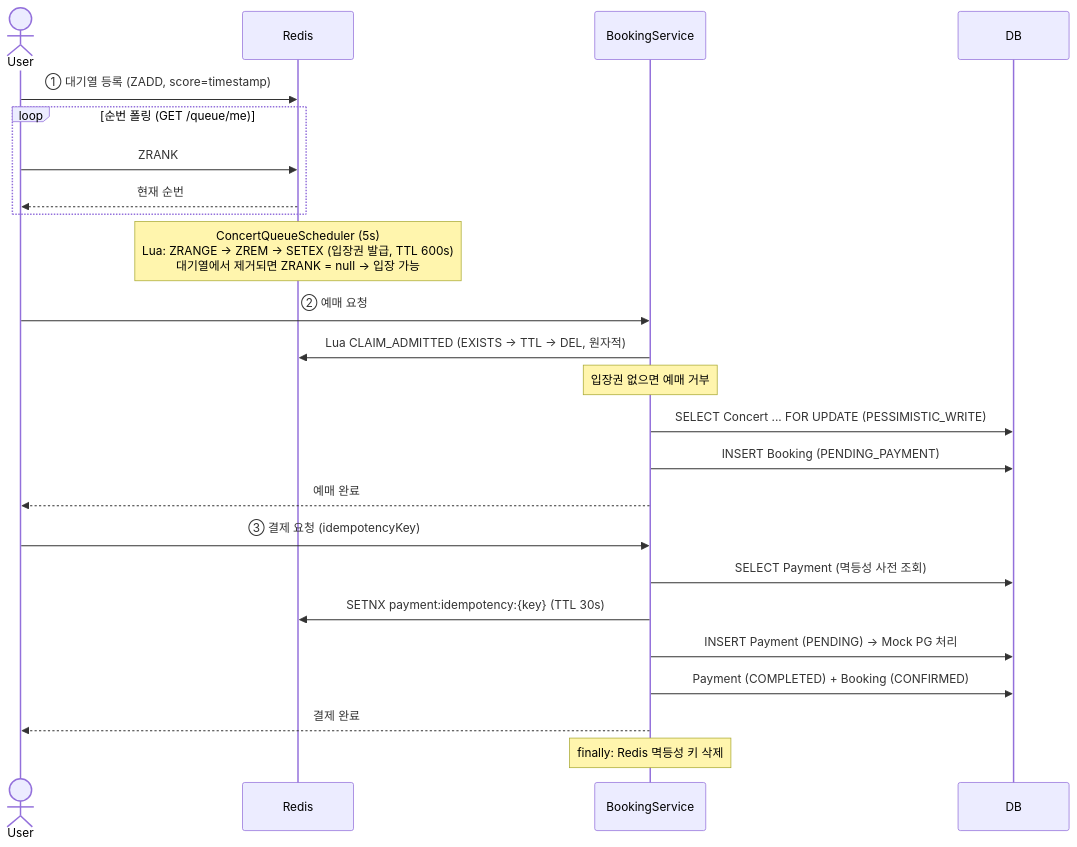
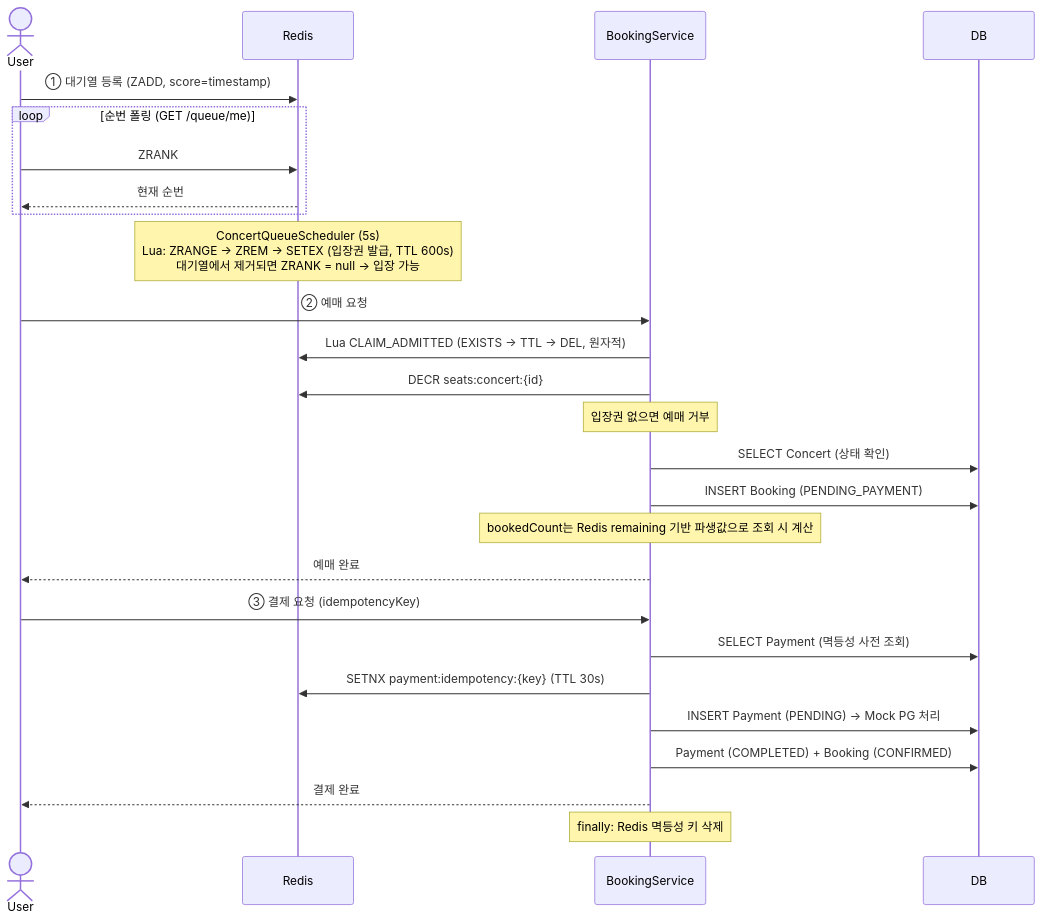
The first of 2 diagrams in README.md (hak0622/ticketflow), drawn with Mermaid before and after one commit. The commit also changed other lines of this file and 2 other files, not shown here.

````diff
--- a/README.md
+++ b/README.md
@@ -108,31 +115,33 @@
 ```mermaid
 sequenceDiagram
     actor User
     participant Redis
     participant BookingService
     participant DB
 
     User->>Redis: ① 대기열 등록 (ZADD, score=timestamp)
 
     loop 순번 폴링 (GET /queue/me)
         User->>Redis: ZRANK
         Redis-->>User: 현재 순번
     end
 
     Note over Redis: ConcertQueueScheduler (5s)<br/>Lua: ZRANGE → ZREM → SETEX (입장권 발급, TTL 600s)<br/>대기열에서 제거되면 ZRANK = null → 입장 가능
 
     User->>BookingService: ② 예매 요청
     BookingService->>Redis: Lua CLAIM_ADMITTED (EXISTS → TTL → DEL, 원자적)
+    BookingService->>Redis: DECR seats:concert:{id}
     Note over BookingService: 입장권 없으면 예매 거부
-    BookingService->>DB: SELECT Concert ... FOR UPDATE (PESSIMISTIC_WRITE)
+    BookingService->>DB: SELECT Concert (상태 확인)
     BookingService->>DB: INSERT Booking (PENDING_PAYMENT)
+    Note over BookingService: bookedCount는 Redis remaining 기반 파생값으로 조회 시 계산
     BookingService-->>User: 예매 완료
 
     User->>BookingService: ③ 결제 요청 (idempotencyKey)
     BookingService->>DB: SELECT Payment (멱등성 사전 조회)
     BookingService->>Redis: SETNX payment:idempotency:{key} (TTL 30s)
     BookingService->>DB: INSERT Payment (PENDING) → Mock PG 처리
     BookingService->>DB: Payment (COMPLETED) + Booking (CONFIRMED)
     BookingService-->>User: 결제 완료
     Note over BookingService: finally: Redis 멱등성 키 삭제
 ```
````
